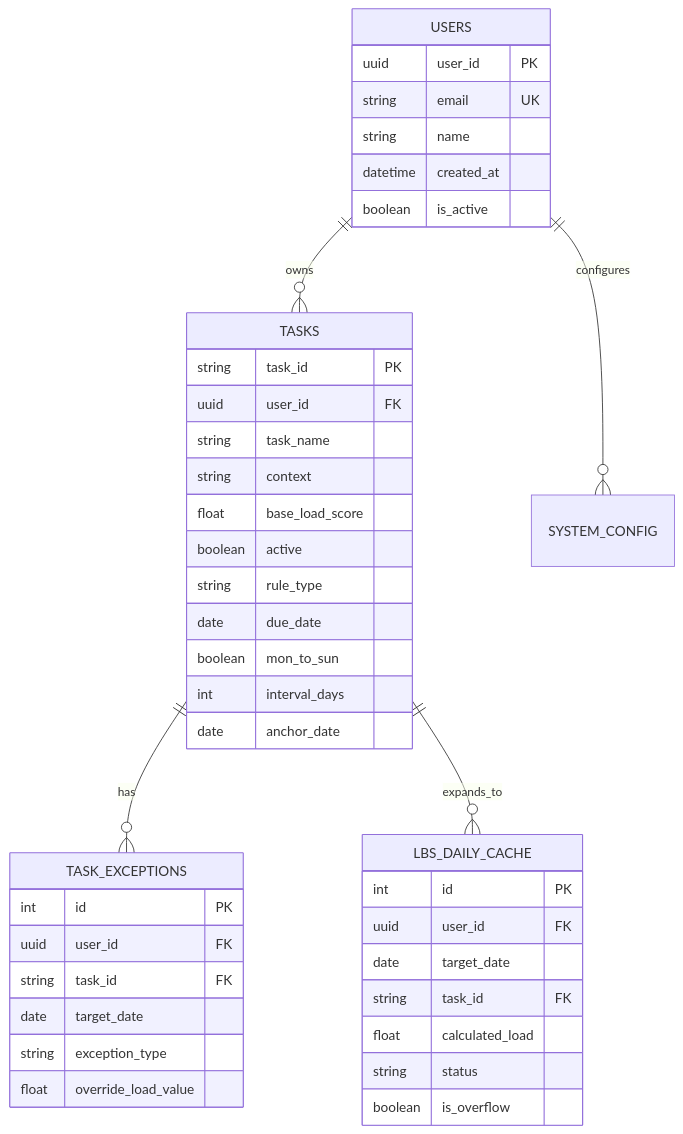
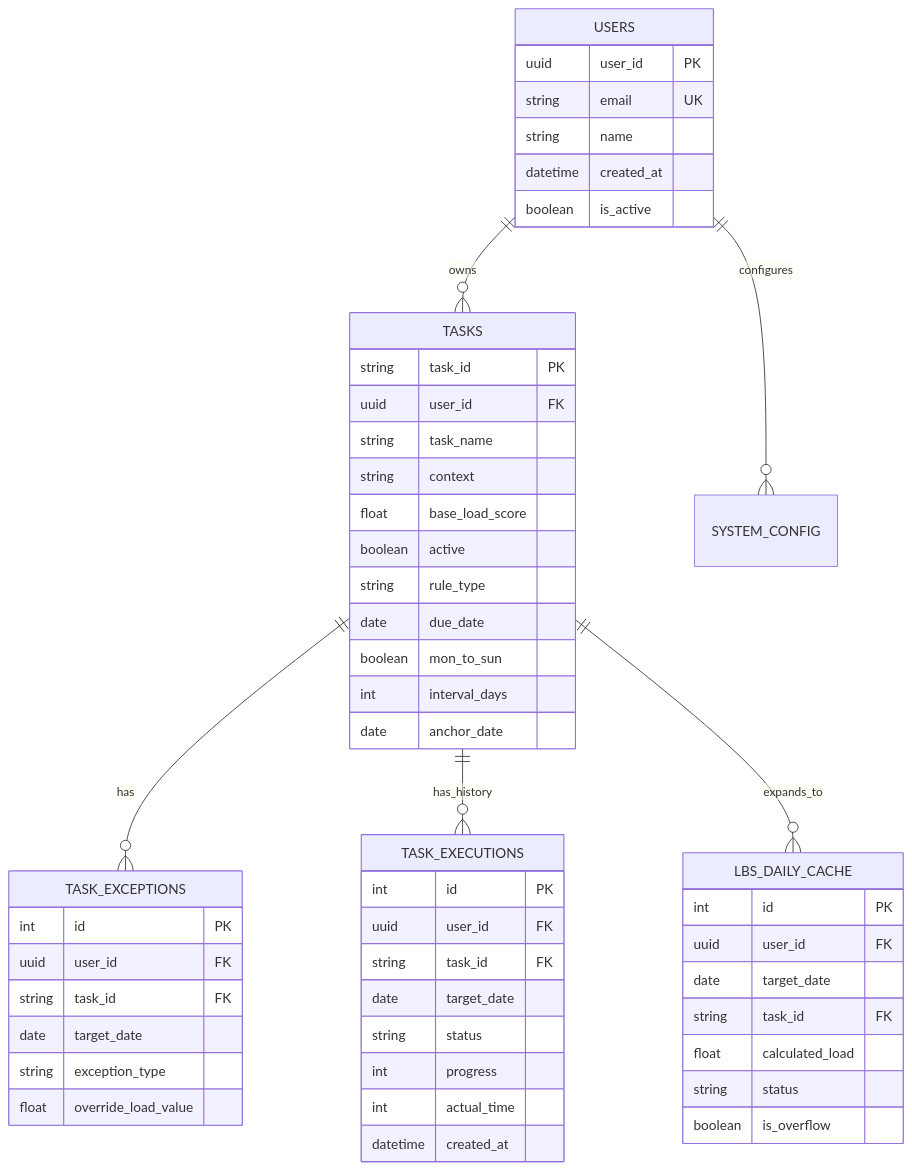
The second of 2 diagrams in docs/lbs_system_design.md (nh1124/LBS), drawn with Mermaid before and after one commit. The commit also changed other lines of this file and 9 other files, not shown here.

Commit message:
Architectural refactor: separate Task Master and Schedule APIs, update Python Client and documentation

````diff
--- a/docs/lbs_system_design.md
+++ b/docs/lbs_system_design.md
@@ -55,48 +55,60 @@
 ```mermaid
 erDiagram
     USERS ||--o{ TASKS : owns
     USERS ||--o{ SYSTEM_CONFIG : configures
     TASKS ||--o{ TASK_EXCEPTIONS : has
+    TASKS ||--o{ TASK_EXECUTIONS : has_history
     TASKS ||--o{ LBS_DAILY_CACHE : expands_to
     
     USERS {
         uuid user_id PK
         string email UK
         string name
         datetime created_at
         boolean is_active
     }
     
     TASKS {
         string task_id PK
         uuid user_id FK
         string task_name
         string context
         float base_load_score
         boolean active
         string rule_type
         date due_date
         boolean mon_to_sun
         int interval_days
         date anchor_date
     }
     
     TASK_EXCEPTIONS {
         int id PK
         uuid user_id FK
         string task_id FK
         date target_date
         string exception_type
         float override_load_value
     }
     
     LBS_DAILY_CACHE {
         int id PK
         uuid user_id FK
         date target_date
         string task_id FK
         float calculated_load
         string status
         boolean is_overflow
     }
+
+    TASK_EXECUTIONS {
+        int id PK
+        uuid user_id FK
+        string task_id FK
+        date target_date
+        string status
+        int progress
+        int actual_time
+        datetime created_at
+    }
 ```
````
